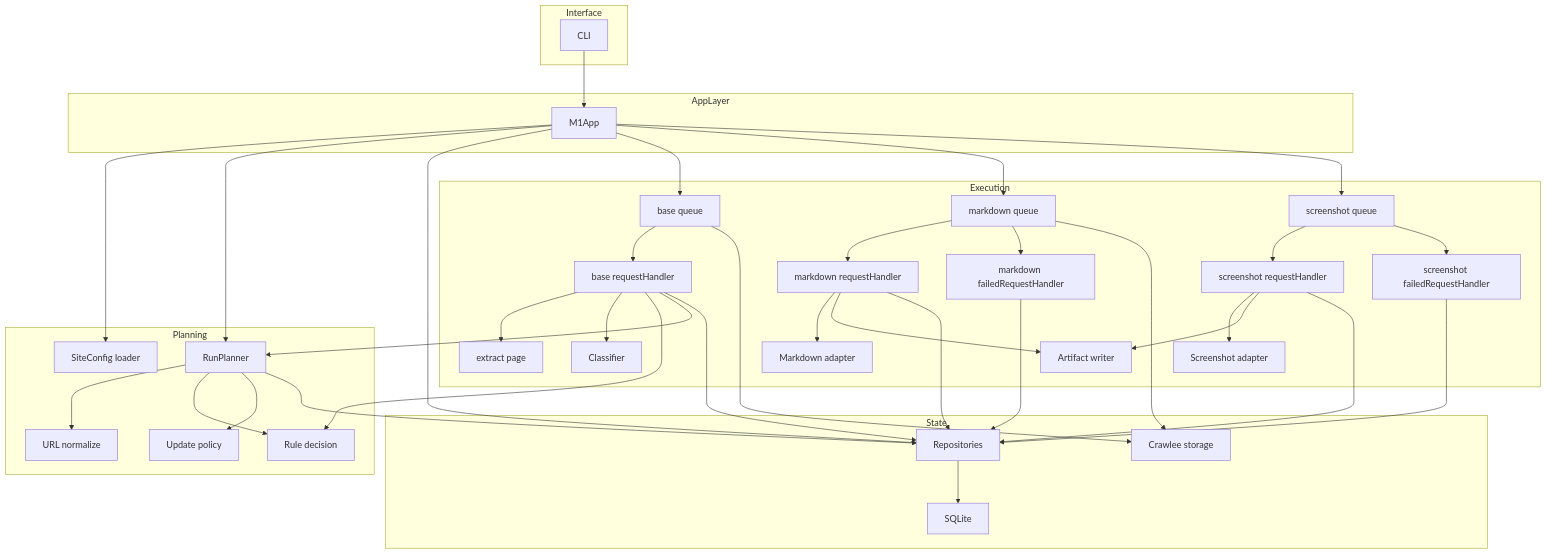
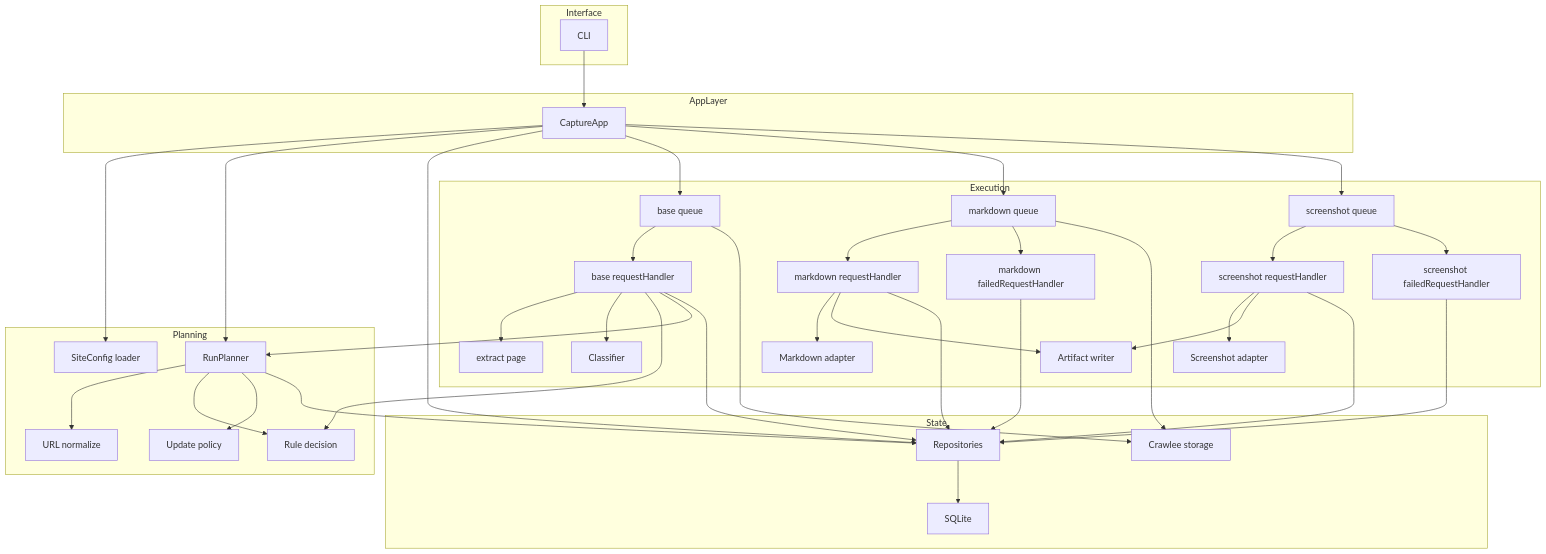
One commit to tianzhipeng-git/kvault-web-capture changed the second of 7 diagrams in docs/old-docs/init-m1/m1-implements.md. Above: the diagram before and after it, drawn with Mermaid. The commit also changed other lines of this file and 20 other files, not shown here.

````diff
--- a/docs/old-docs/init-m1/m1-implements.md
+++ b/docs/old-docs/init-m1/m1-implements.md
@@ -98,73 +98,73 @@
 ```mermaid
 flowchart TD
     subgraph Interface
       CLI["CLI"]
     end
 
     subgraph AppLayer
-      APP["M1App"]
+      APP["CaptureApp"]
     end
 
     subgraph Planning
       CFG["SiteConfig loader"]
       RP["RunPlanner"]
       UP["Update policy"]
       RULES["Rule decision"]
       URL["URL normalize"]
     end
 
     subgraph Execution
       BQ["base queue"]
       MQ["markdown queue"]
       SQ["screenshot queue"]
       BH["base requestHandler"]
       MH["markdown requestHandler"]
       MF["markdown failedRequestHandler"]
       SH["screenshot requestHandler"]
       SF["screenshot failedRequestHandler"]
       EXT["extract page"]
       CLS["Classifier"]
       MDA["Markdown adapter"]
       SDA["Screenshot adapter"]
       AW["Artifact writer"]
     end
 
     subgraph State
       REPOS["Repositories"]
       SQLITE["SQLite"]
       CRAWLEE["Crawlee storage"]
     end
 
     CLI --> APP
     APP --> CFG
     APP --> RP
     APP --> REPOS
     APP --> BQ
     APP --> MQ
     APP --> SQ
     RP --> URL
     RP --> RULES
     RP --> UP
     RP --> REPOS
     BQ --> BH
     MQ --> MH
     MQ --> MF
     SQ --> SH
     SQ --> SF
     BH --> EXT
     BH --> CLS
     BH --> RULES
     BH --> RP
     BH --> REPOS
     MH --> MDA
     MH --> AW
     MH --> REPOS
     MF --> REPOS
     SH --> SDA
     SH --> AW
     SH --> REPOS
     SF --> REPOS
     REPOS --> SQLITE
     BQ --> CRAWLEE
     MQ --> CRAWLEE
 ```
````
